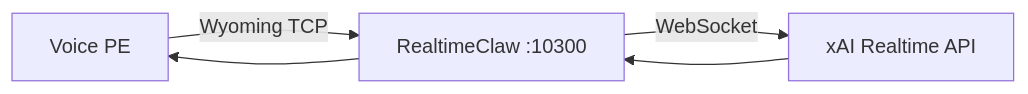
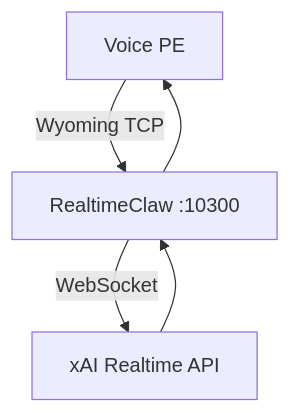
One commit to ufelmann/RealtimeClaw changed the second of 5 diagrams in README.md. Above: the diagram before and after it, drawn with Mermaid. The commit also changed other lines of this file and 6 other files, not shown here.

````diff
--- a/README.md
+++ b/README.md
@@ -45,6 +42,11 @@
 ```mermaid
-flowchart LR
-    VPE["Voice PE"] -- "Wyoming TCP" --> RC["RealtimeClaw :10300"]
-    RC -- "WebSocket" --> API["xAI Realtime API"]
-    API --> RC --> VPE
+flowchart TD
+    VPE["Voice PE"]
+    RC["RealtimeClaw :10300"]
+    API["xAI Realtime API"]
+
+    VPE -- "Wyoming TCP" --> RC
+    RC -- "WebSocket" --> API
+    API --> RC
+    RC --> VPE
 ```
````
